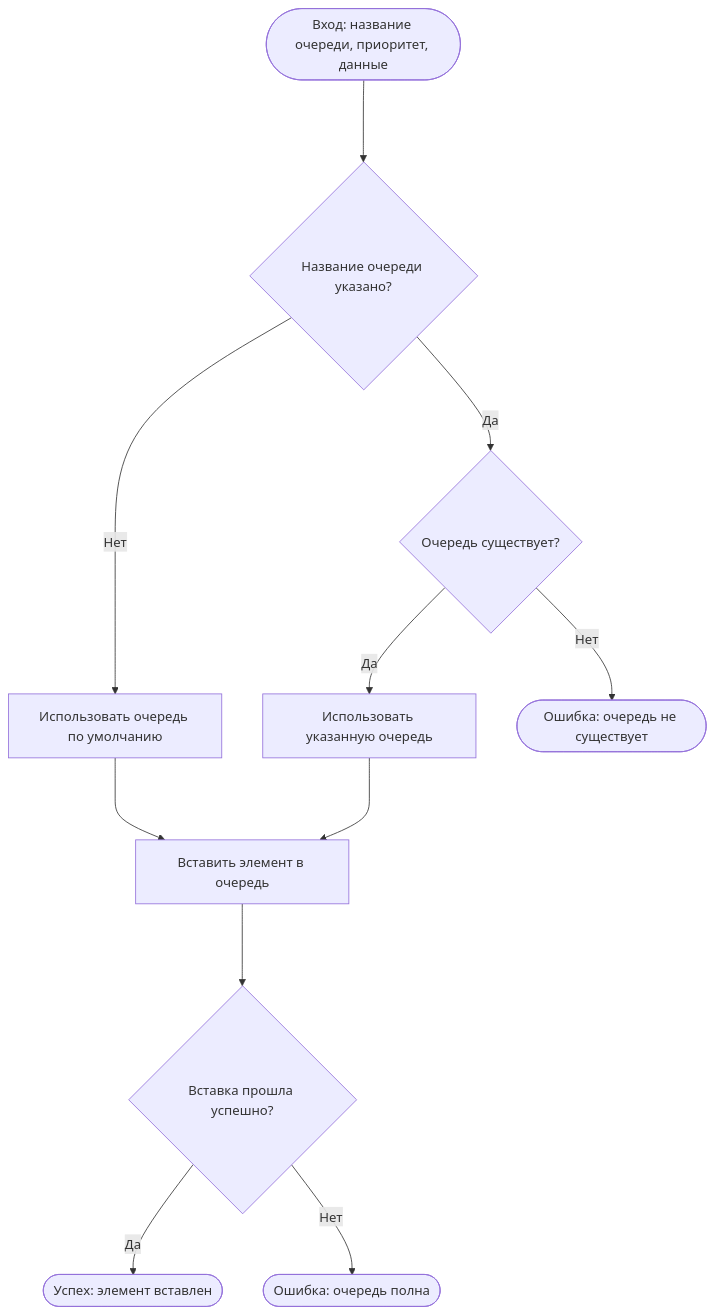
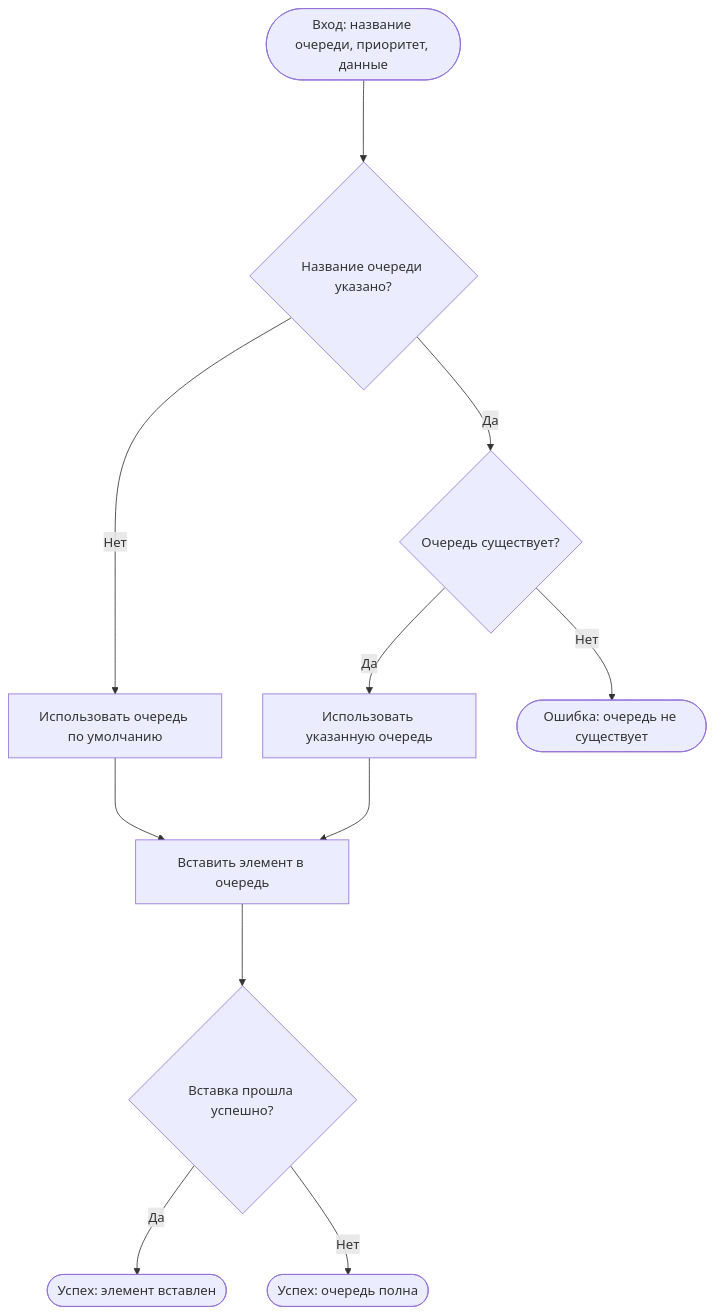
The first of 5 diagrams in docs/func-spec.md (ashenBlade/TaskFlux), drawn with Mermaid before and after one commit. The commit also changed other lines of this file and 75 other files, not shown here.

````diff
--- a/docs/func-spec.md
+++ b/docs/func-spec.md
@@ -63,22 +63,22 @@
 ```mermaid
 flowchart TD
     start([Вход: название очереди, приоритет, данные])
     check-queue-name{Название очереди указано?}
     use-default-queue[Использовать очередь по умолчанию]
     use-specified-queue[Использовать указанную очередь]
     check-queue-exists{Очередь существует?}
     return-queue-not-exists([Ошибка: очередь не существует])
     enqueue-element[Вставить элемент в очередь]
     enqueue-success{Вставка прошла успешно?}
     return-success([Успех: элемент вставлен])
-    return-full([Ошибка: очередь полна])
+    return-full([Успех: очередь полна])
     
     start ---> check-queue-name
     check-queue-name -- Нет --> use-default-queue ---> enqueue-element
     check-queue-name -- Да --> check-queue-exists
     check-queue-exists -- Нет --> return-queue-not-exists
     check-queue-exists -- Да --> use-specified-queue ---> enqueue-element
     enqueue-element ---> enqueue-success
     enqueue-success -- Да --> return-success
     enqueue-success -- Нет --> return-full
 ```
````
